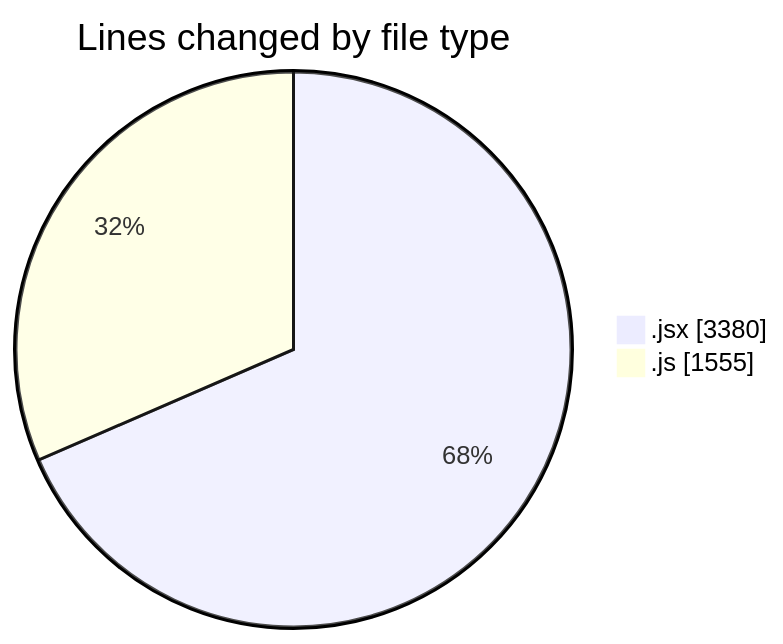
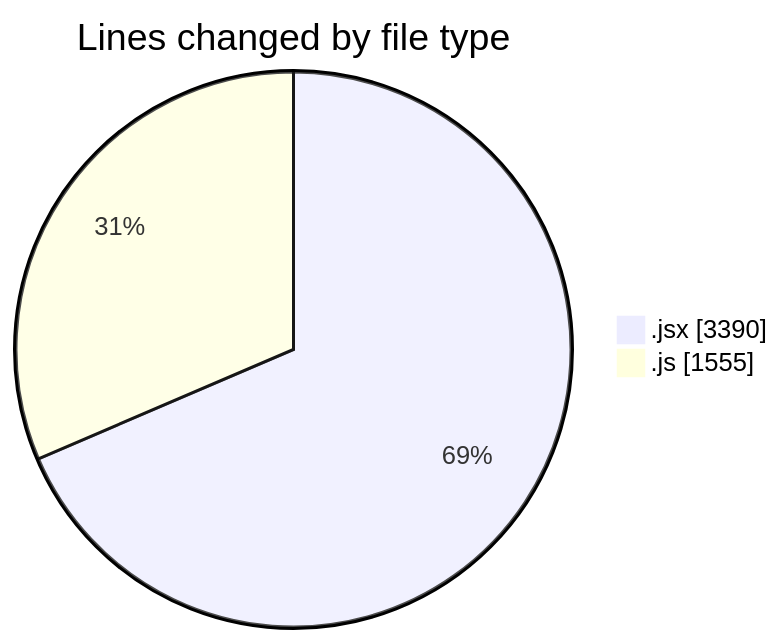
The first of 2 diagrams in 2025-07-11/argos/README.md (nxtqubesakshisongat/code-tracking), drawn with Mermaid before and after one commit. The commit also changed other lines of this file and 1 other file, not shown here.

````diff
--- a/2025-07-11/argos/README.md
+++ b/2025-07-11/argos/README.md
@@ -27,6 +27,6 @@
 ```mermaid
 pie showData
 title Lines changed by file type
-".jsx" : 3380
+".jsx" : 3390
 ".js" : 1555
 ```
````
